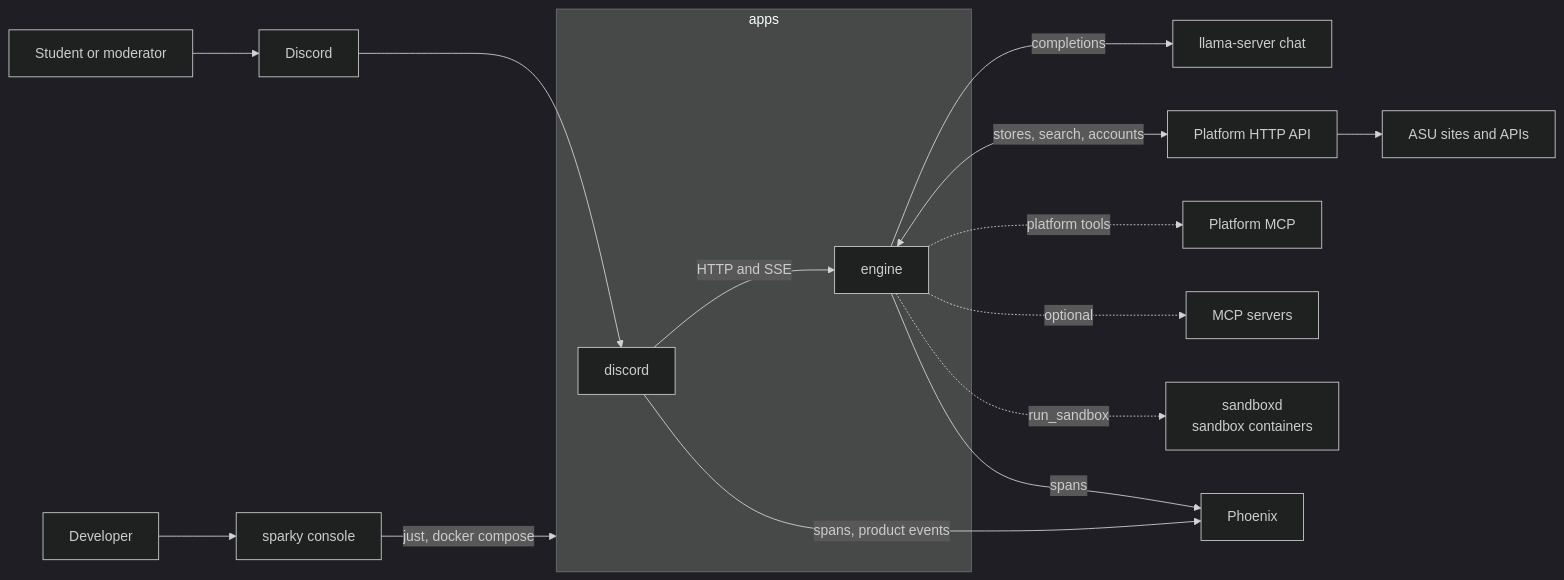
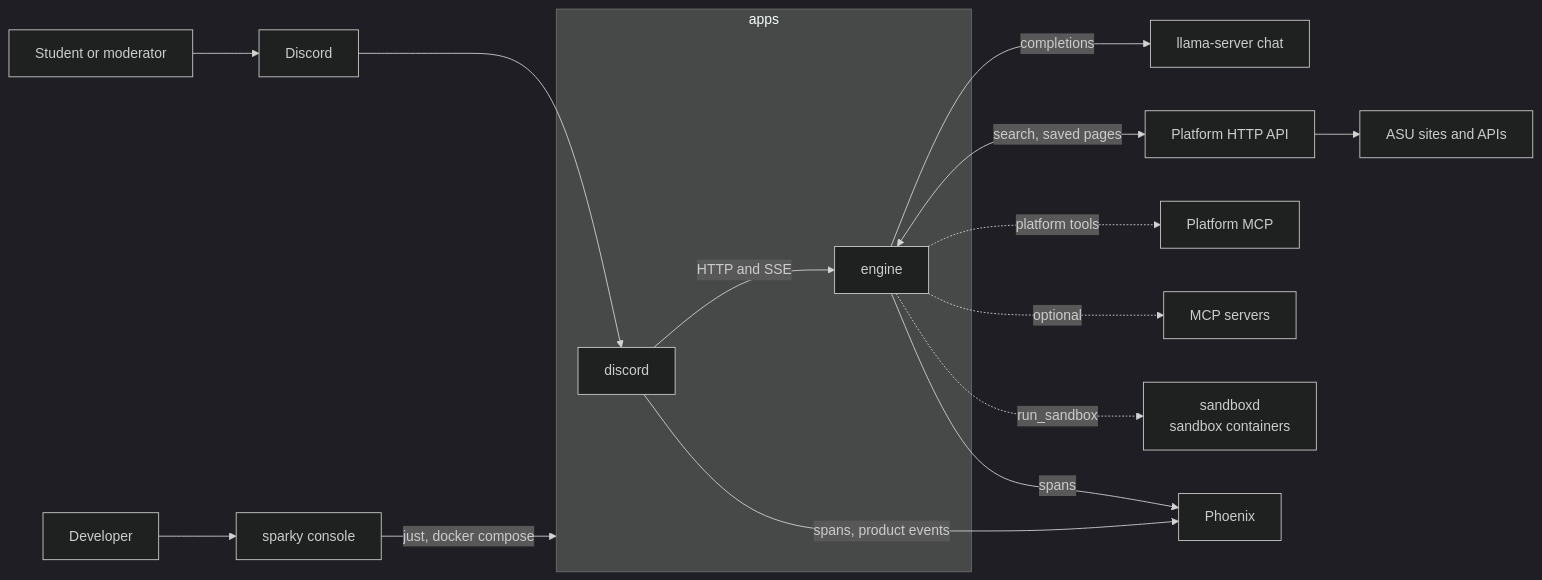
The first of 11 diagrams in docs/ARCHITECTURE.md (theaisocietyasu/sparky), drawn with Mermaid (dark theme) before and after one commit. The commit also changed other lines of this file and 116 other files, not shown here.

````diff
--- a/docs/ARCHITECTURE.md
+++ b/docs/ARCHITECTURE.md
@@ -78,25 +78,25 @@
 ```mermaid
 flowchart LR
     U["Student or moderator"] --> DC["Discord"]
     DEV["Developer"] --> CLI["sparky console"]
 
     subgraph apps ["apps"]
         BOT["discord"]
         ENG["engine"]
     end
 
     DC --> BOT
     BOT -->|"HTTP and SSE"| ENG
     CLI -->|"just, docker compose"| apps
 
     ENG -->|"completions"| CHAT["llama-server chat"]
-    ENG <-->|"stores, search, accounts"| PLAT["Platform HTTP API"]
+    ENG <-->|"search, saved pages"| PLAT["Platform HTTP API"]
     ENG -.->|"platform tools"| PMCP["Platform MCP"]
     ENG -.->|"optional"| MCP["MCP servers"]
     ENG -.->|"run_sandbox"| SBX["sandboxd<br/>sandbox containers"]
 
     PLAT --> SITES["ASU sites and APIs"]
 
     BOT -->|"spans, product events"| OBS["Phoenix"]
     ENG -->|"spans"| OBS
 ```
````
